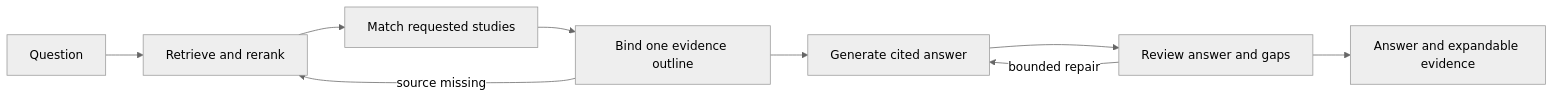
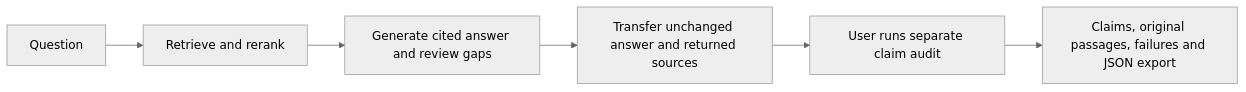
The diagram in README.md (lijingshan-6/VeritasMed), drawn with Mermaid (neutral theme) before and after one commit. The commit also changed other lines of this file and 36 other files, not shown here.

````diff
--- a/README.md
+++ b/README.md
@@ -153,11 +127,8 @@
 ```mermaid
 flowchart LR
   Q[Question] --> R[Retrieve and rerank]
-  R --> S[Match requested studies]
-  S --> O[Bind one evidence outline]
-  O --> A[Generate cited answer]
-  A --> C[Review answer and gaps]
-  C -->|bounded repair| A
-  C --> UI[Answer and expandable evidence]
-  O -->|source missing| R
+  R --> A[Generate cited answer and review gaps]
+  A --> H[Transfer unchanged answer and returned sources]
+  H --> V[User runs separate claim audit]
+  V --> U[Claims, original passages, failures and JSON export]
 ```
````
